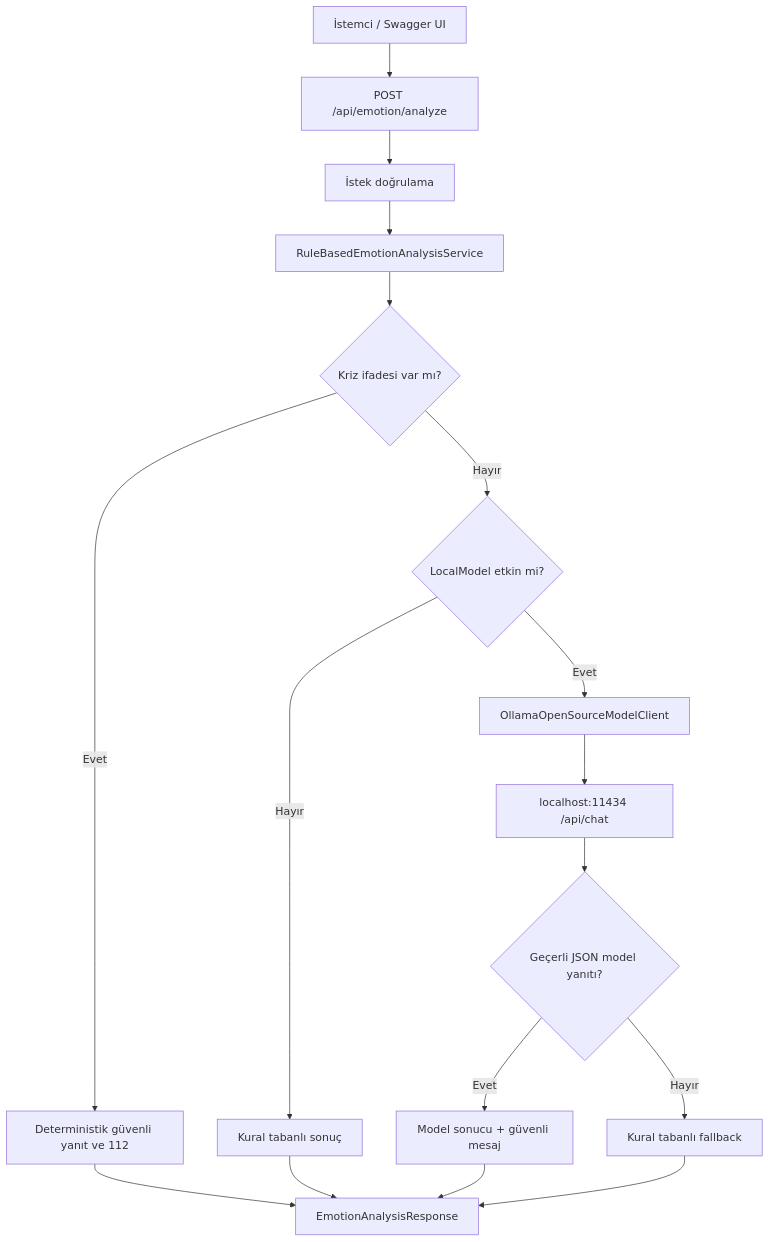
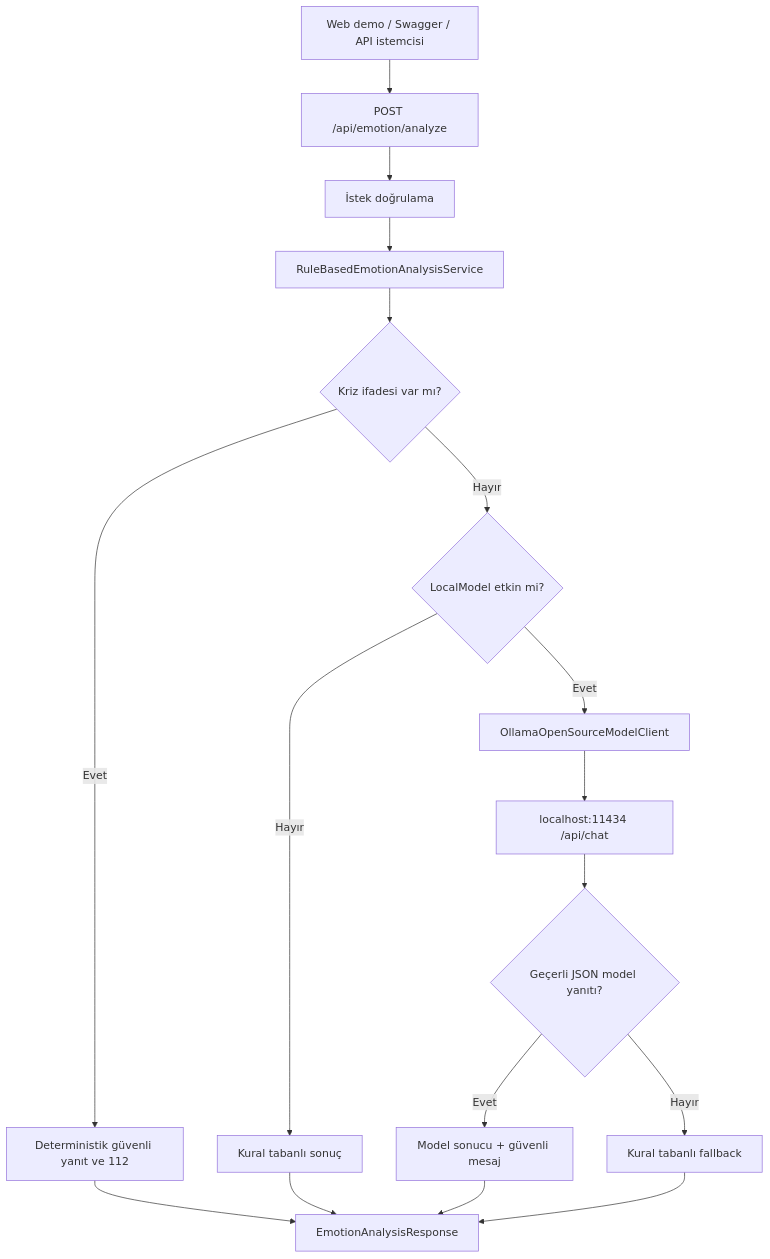
The diagram in docs/architecture.md (petrofi/darklove-local-ai-module), drawn with Mermaid before and after one commit. The commit also changed other lines of this file and 11 other files, not shown here.

Commit message:
Add local web demo interface

````diff
--- a/docs/architecture.md
+++ b/docs/architecture.md
@@ -9,19 +9,19 @@
 ```mermaid
 flowchart TD
-    A["İstemci / Swagger UI"] --> B["POST /api/emotion/analyze"]
+    A["Web demo / Swagger / API istemcisi"] --> B["POST /api/emotion/analyze"]
     B --> C["İstek doğrulama"]
     C --> D["RuleBasedEmotionAnalysisService"]
     D --> E{"Kriz ifadesi var mı?"}
     E -- Evet --> F["Deterministik güvenli yanıt ve 112"]
     E -- Hayır --> G{"LocalModel etkin mi?"}
     G -- Hayır --> H["Kural tabanlı sonuç"]
     G -- Evet --> I["OllamaOpenSourceModelClient"]
     I --> J["localhost:11434 /api/chat"]
     J --> K{"Geçerli JSON model yanıtı?"}
     K -- Evet --> L["Model sonucu + güvenli mesaj"]
     K -- Hayır --> M["Kural tabanlı fallback"]
     F --> N["EmotionAnalysisResponse"]
     H --> N
     L --> N
     M --> N
 ```
````
